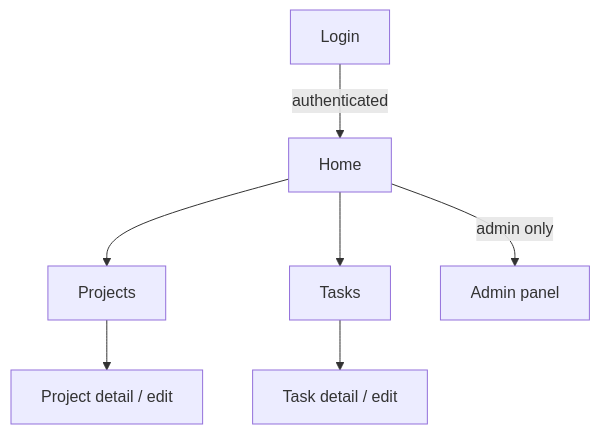
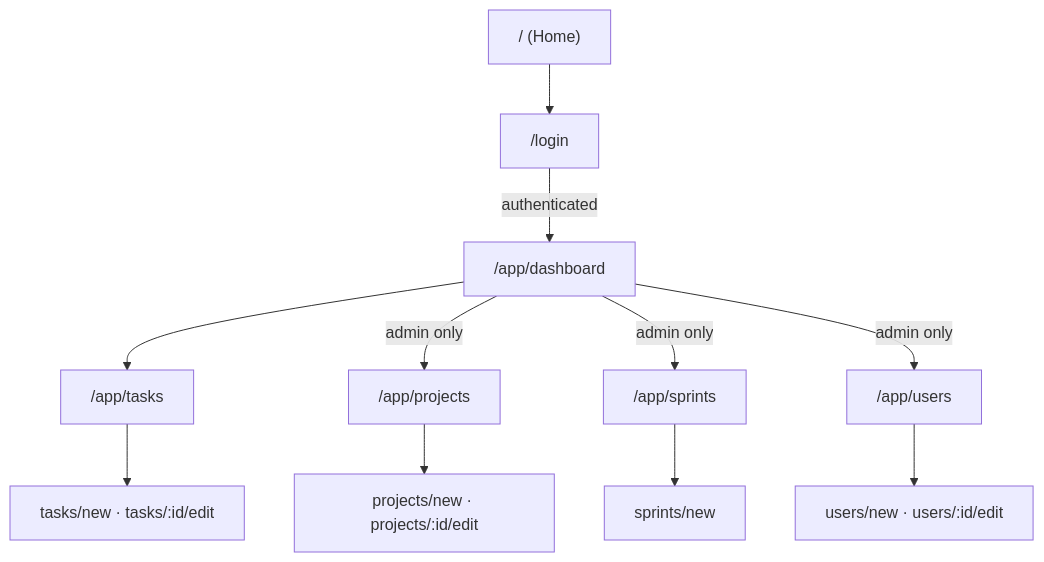
The diagram in README.md (TomasPosada0626/Trazo), drawn with Mermaid before and after one commit. The commit also changed other lines of this file, not shown here.

````diff
--- a/README.md
+++ b/README.md
@@ -89,9 +136,13 @@
 ```mermaid
 flowchart TD
-    Login -->|authenticated| Home
-    Home --> Projects
-    Home --> Tasks
-    Projects --> ProjectDetail["Project detail / edit"]
-    Tasks --> TaskDetail["Task detail / edit"]
-    Home -->|admin only| Panel["Admin panel"]
+    Home["/ (Home)"] --> Login["/login"]
+    Login -->|authenticated| Dashboard["/app/dashboard"]
+    Dashboard --> Tasks["/app/tasks"]
+    Dashboard -->|admin only| Projects["/app/projects"]
+    Dashboard -->|admin only| Sprints["/app/sprints"]
+    Dashboard -->|admin only| Users["/app/users"]
+    Projects --> ProjectForm["projects/new · projects/:id/edit"]
+    Sprints --> SprintForm["sprints/new"]
+    Tasks --> TaskForm["tasks/new · tasks/:id/edit"]
+    Users --> UserForm["users/new · users/:id/edit"]
 ```
````
